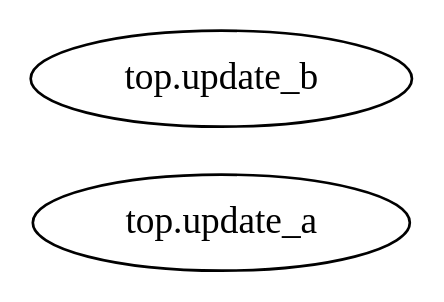
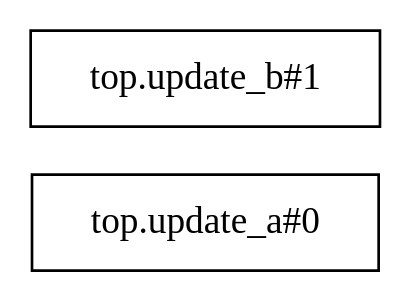
The diagram in pycircuit/builds/cell_feedback/rule-graph.dot (PTO-ISA/pyCircuit), drawn with Graphviz before and after one commit. The commit also changed 130 other files, not shown here.

```diff
--- a/pycircuit/builds/cell_feedback/rule-graph.dot
+++ b/pycircuit/builds/cell_feedback/rule-graph.dot
@@ -1,5 +1,6 @@
-digraph rules {
+digraph Transactions {
   rankdir=LR;
-  "top.update_a" [label="top.update_a"];
-  "top.update_b" [label="top.update_b"];
+  node [shape=box];
+  t0 [label="top.update_a#0"];
+  t1 [label="top.update_b#1"];
 }
```
